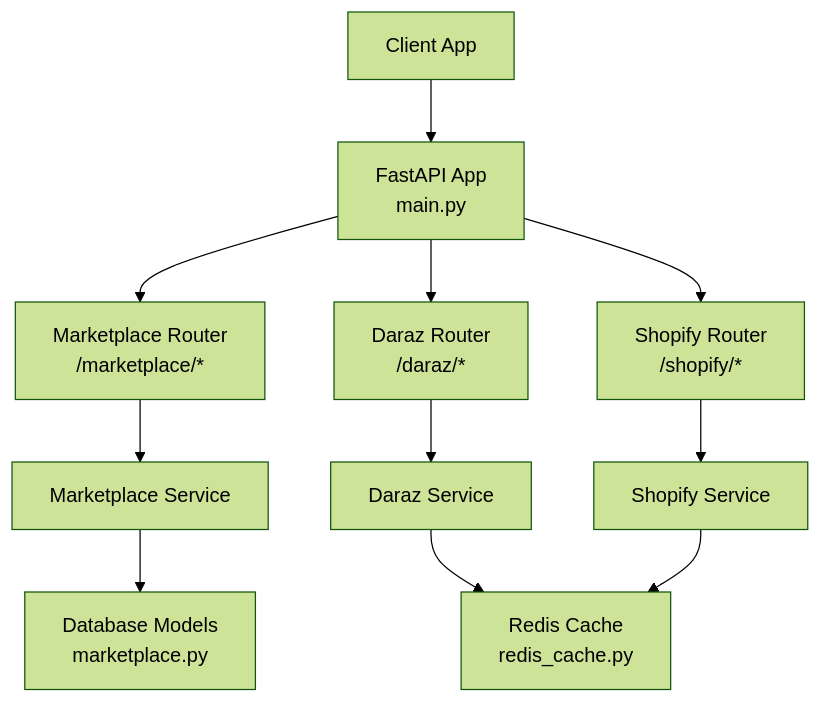
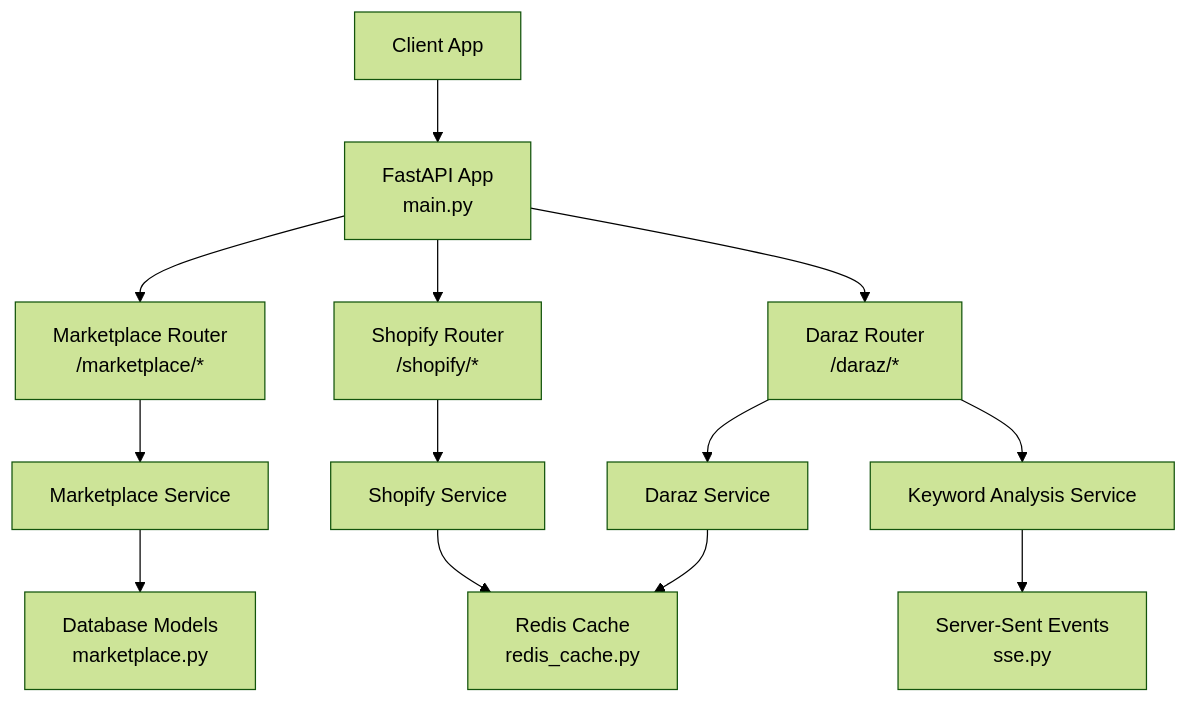
One commit to Muhammad-Masood/tijarah-ai-backend changed the first of 3 diagrams in .qoder/repowiki/en/content/API Reference/Marketplace Integration API/Marketplace Integration API.md. Above: the diagram before and after it, drawn with Mermaid (forest theme). The commit also changed other lines of this file and 17 other files, not shown here.

````diff
--- a/.qoder/repowiki/en/content/API Reference/Marketplace Integration API/Marketplace Integration API.md
+++ b/.qoder/repowiki/en/content/API Reference/Marketplace Integration API/Marketplace Integration API.md
@@ -40,13 +52,15 @@
 ```mermaid
 graph TB
 Client["Client App"] --> Main["FastAPI App<br/>main.py"]
 Main --> MarketRouter["Marketplace Router<br/>/marketplace/*"]
 Main --> DarazRouter["Daraz Router<br/>/daraz/*"]
 Main --> ShopifyRouter["Shopify Router<br/>/shopify/*"]
 MarketRouter --> MarketSvc["Marketplace Service"]
 DarazRouter --> DarazSvc["Daraz Service"]
+DarazRouter --> KeywordSvc["Keyword Analysis Service"]
 ShopifyRouter --> ShopifySvc["Shopify Service"]
 MarketSvc --> DB["Database Models<br/>marketplace.py"]
 DarazSvc --> Cache["Redis Cache<br/>redis_cache.py"]
 ShopifySvc --> Cache
+KeywordSvc --> SSE["Server-Sent Events<br/>sse.py"]
 ```
````
